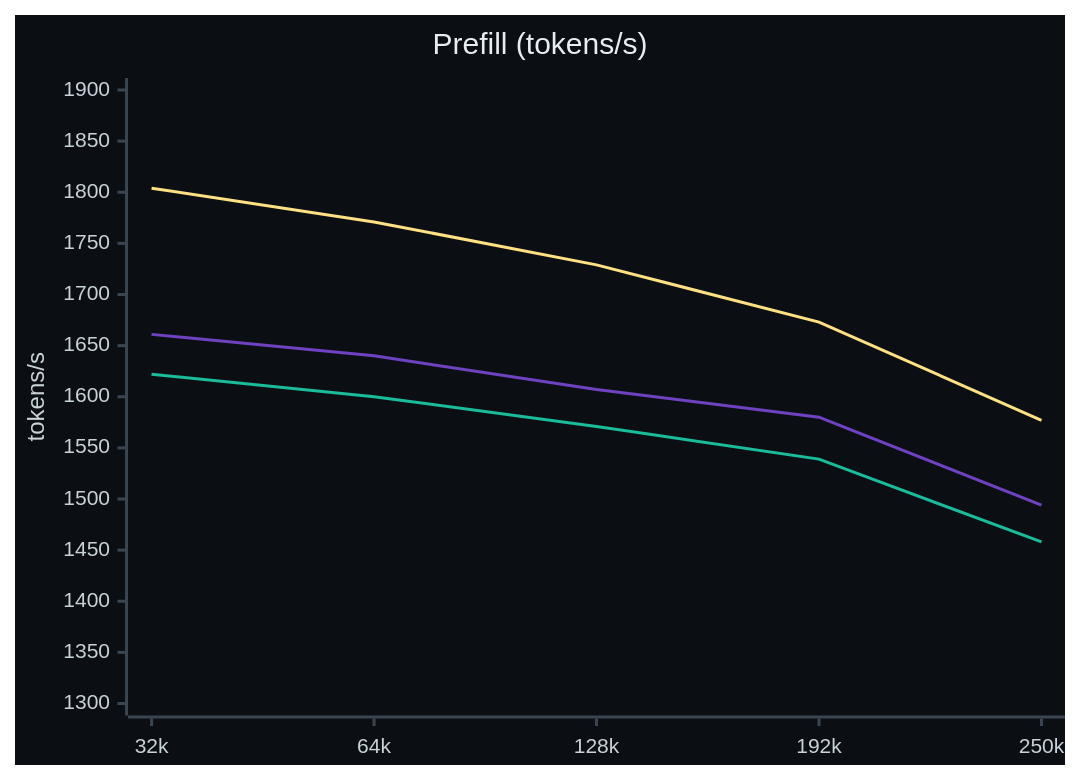
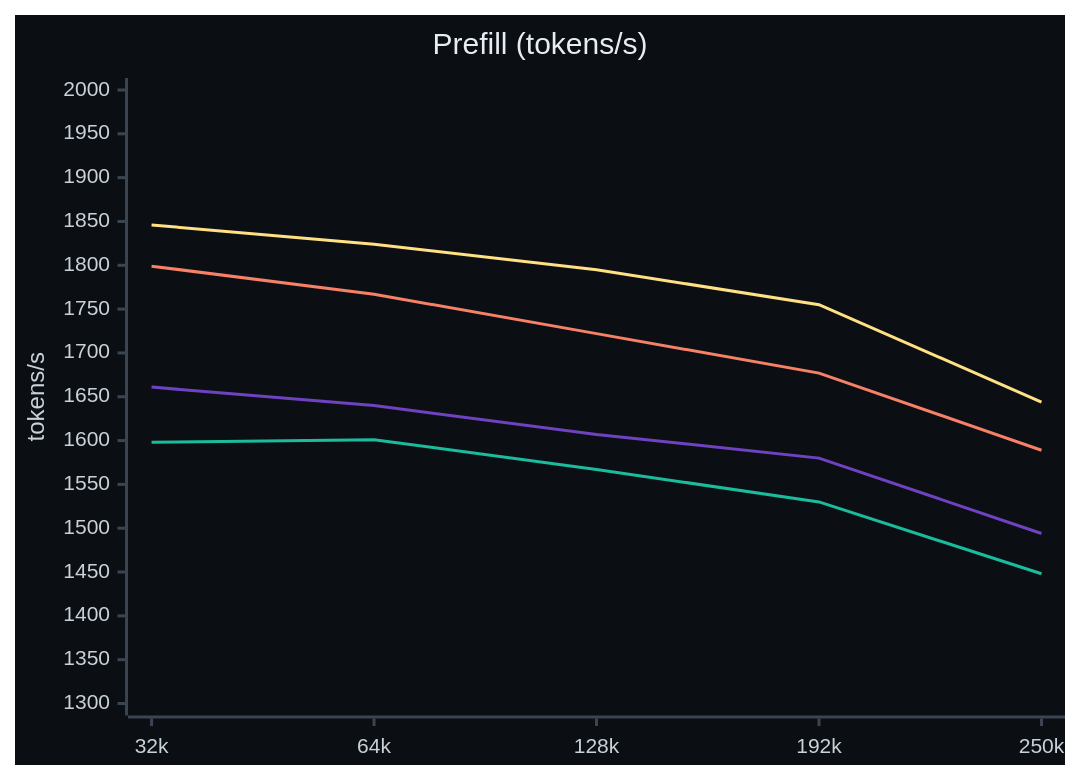
The second of 4 diagrams in docs/RESULTS.md (jaedync/crucible-strix-halo), drawn with Mermaid before and after one commit. The commit also changed other lines of this file and 18 other files, not shown here.

````diff
--- a/docs/RESULTS.md
+++ b/docs/RESULTS.md
@@ -95,10 +102,11 @@
 ```mermaid
-%%{init: {"theme": "base", "themeVariables": {"xyChart": {"backgroundColor": "#0b0f14", "titleColor": "#e6edf3", "xAxisLabelColor": "#c9d1d9", "yAxisLabelColor": "#c9d1d9", "xAxisTitleColor": "#c9d1d9", "yAxisTitleColor": "#c9d1d9", "xAxisLineColor": "#3b4552", "yAxisLineColor": "#3b4552", "xAxisTickColor": "#3b4552", "yAxisTickColor": "#3b4552", "plotColorPalette": "#6f42c1, #1abc9c, #ffe083"}}}}%%
+%%{init: {"theme": "base", "themeVariables": {"xyChart": {"backgroundColor": "#0b0f14", "titleColor": "#e6edf3", "xAxisLabelColor": "#c9d1d9", "yAxisLabelColor": "#c9d1d9", "xAxisTitleColor": "#c9d1d9", "yAxisTitleColor": "#c9d1d9", "xAxisLineColor": "#3b4552", "yAxisLineColor": "#3b4552", "xAxisTickColor": "#3b4552", "yAxisTickColor": "#3b4552", "plotColorPalette": "#6f42c1, #1abc9c, #f78166, #ffe083"}}}}%%
 xychart-beta
     title "Prefill (tokens/s)"
     x-axis ["32k", "64k", "128k", "192k", "250k"]
-    y-axis "tokens/s" 1300 --> 1900
+    y-axis "tokens/s" 1300 --> 2000
     line [1661, 1640, 1607, 1580, 1494]
-    line [1622, 1600, 1571, 1539, 1458]
-    line [1804, 1771, 1729, 1673, 1577]
+    line [1598, 1601, 1567, 1530, 1448]
+    line [1799, 1767, 1722, 1677, 1589]
+    line [1846, 1824, 1795, 1755, 1644]
 ```
````
